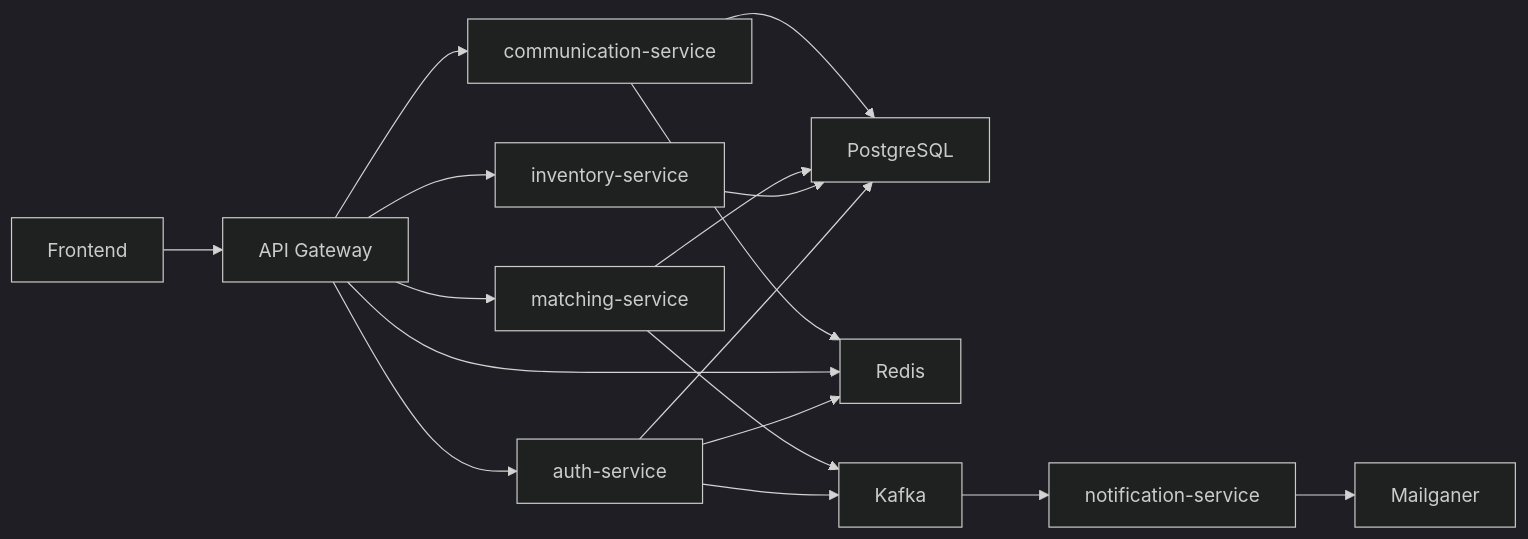
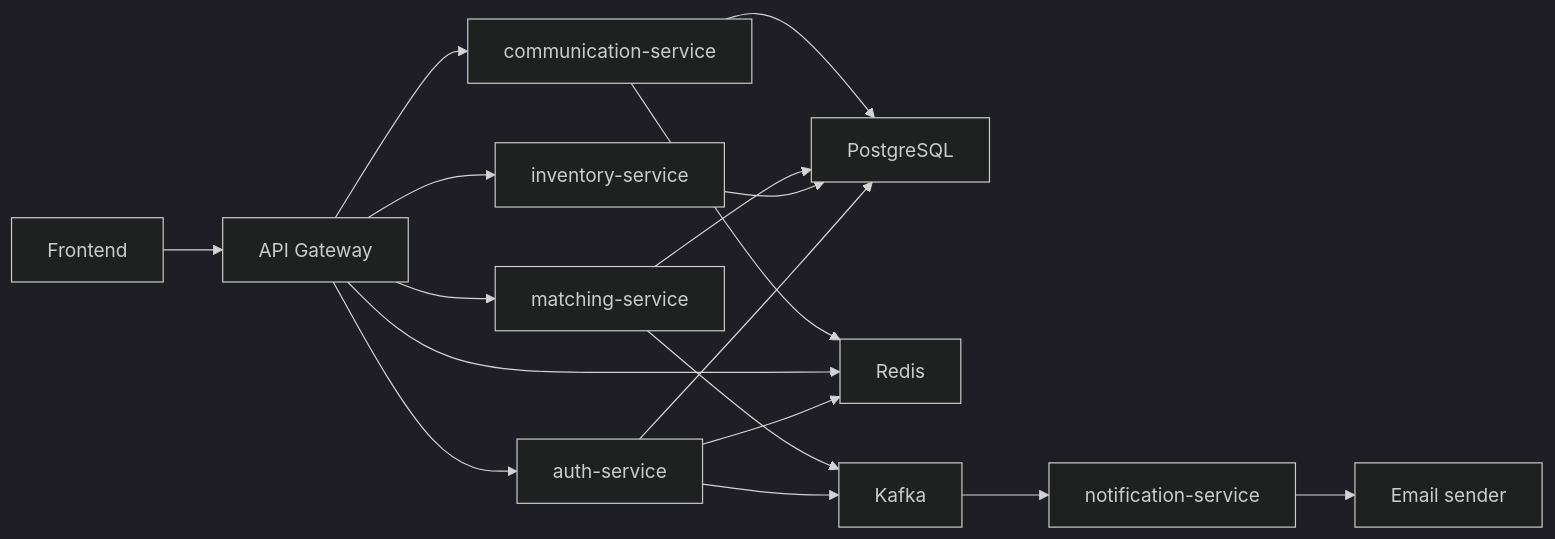
One commit to tmcrypted/berusmenu changed the diagram in docs/architecture.md. Above: the diagram before and after it, drawn with Mermaid (dark theme). The commit also changed other lines of this file and 91 other files, not shown here.

````diff
--- a/docs/architecture.md
+++ b/docs/architecture.md
@@ -9,22 +9,22 @@
 ```mermaid
 flowchart LR
     FE["Frontend"] --> GW["API Gateway"]
     GW --> AUTH["auth-service"]
     GW --> INV["inventory-service"]
     GW --> MATCH["matching-service"]
     GW --> COMM["communication-service"]
 
     AUTH --> PG["PostgreSQL"]
     INV --> PG
     MATCH --> PG
     COMM --> PG
 
     AUTH --> R["Redis"]
     GW --> R
     COMM --> R
 
     AUTH --> K["Kafka"]
     MATCH --> K
     K --> NOTIF["notification-service"]
-    NOTIF --> MAIL["Mailganer"]
+    NOTIF --> MAIL["Email sender"]
 ```
````
